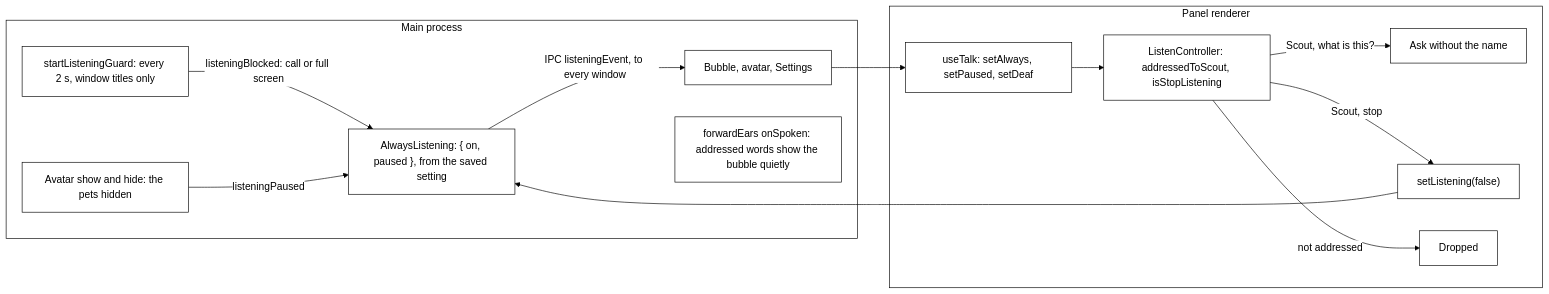
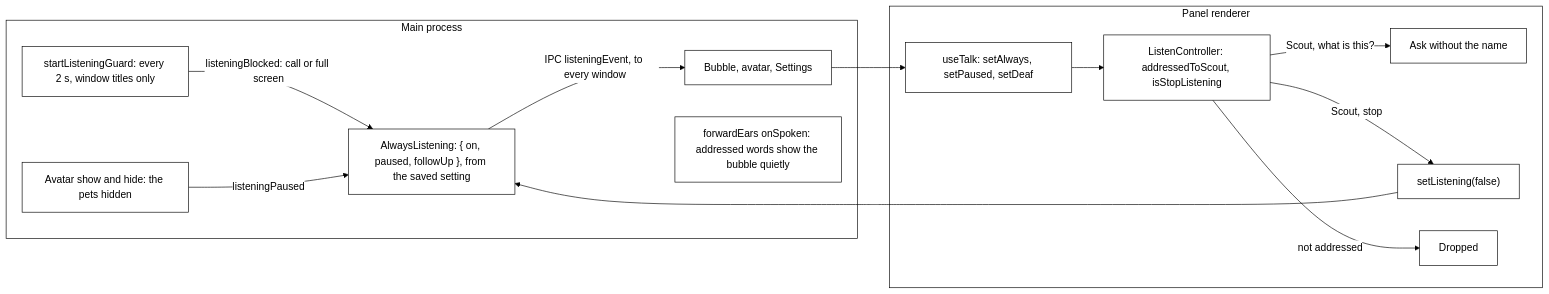
Before and after one commit to nadeem4/tagalong: diagram 15 of 17 in docs/architecture.md, drawn with Mermaid. The commit also changed other lines of this file and 29 other files, not shown here.

First line of the commit message:
feat: forgiving, visible listening: a sounds-like name, a follow-up window, a heard-you cue and listening marks on Scout

````diff
--- a/docs/architecture.md
+++ b/docs/architecture.md
@@ -2592,20 +2602,20 @@
 ```mermaid
 %%{init: {"theme": "base", "themeVariables": {"primaryColor": "#ffffff", "primaryTextColor": "#000000", "primaryBorderColor": "#000000", "lineColor": "#000000", "secondaryColor": "#ffffff", "tertiaryColor": "#ffffff", "background": "#ffffff", "clusterBkg": "#ffffff", "clusterBorder": "#000000"}}}%%
 flowchart LR
   subgraph Main["Main process"]
-    AL["AlwaysListening: { on, paused }, from the saved setting"]
+    AL["AlwaysListening: { on, paused, followUp }, from the saved setting"]
     G["startListeningGuard: every 2 s, window titles only"]
     G -->|"listeningBlocked: call or full screen"| AL
     PH["Avatar show and hide: the pets hidden"] -->|"listeningPaused"| AL
     AL -->|"IPC listeningEvent, to every window"| W["Bubble, avatar, Settings"]
     FE["forwardEars onSpoken: addressed words show the bubble quietly"]
   end
   subgraph Panel["Panel renderer"]
     TK["useTalk: setAlways, setPaused, setDeaf"] --> LC["ListenController: addressedToScout, isStopListening"]
     LC -->|"Scout, what is this?"| ASK["Ask without the name"]
     LC -->|"Scout, stop"| OFF["setListening(false)"]
     LC -->|"not addressed"| DROP["Dropped"]
   end
   W --> TK
   OFF --> AL
 ```
````
